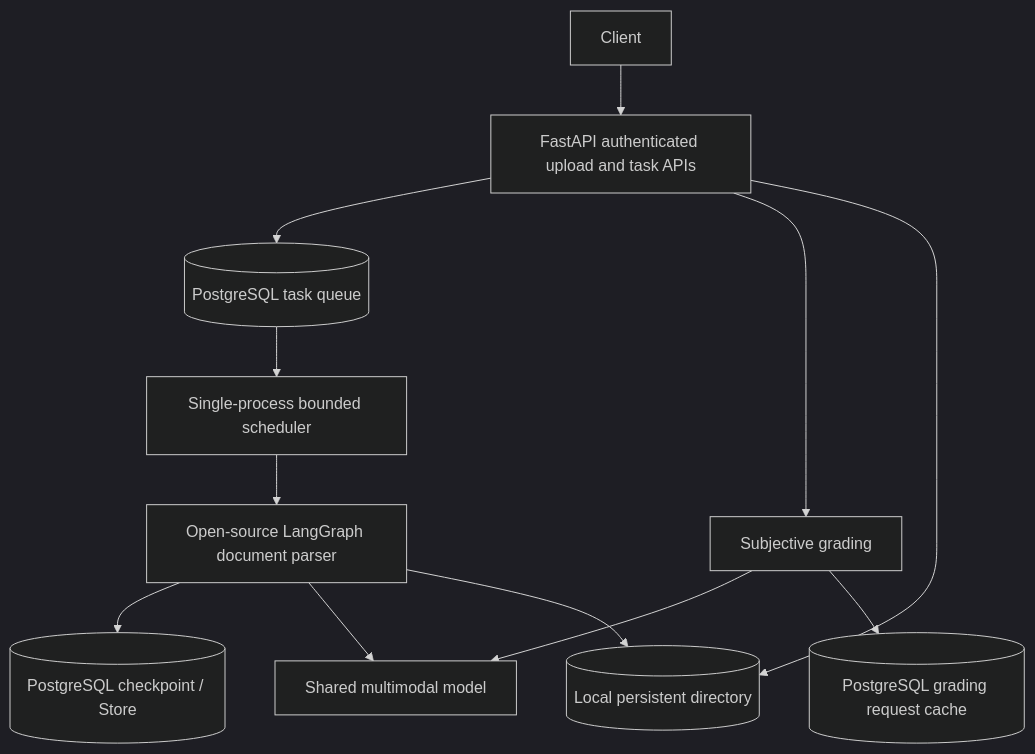
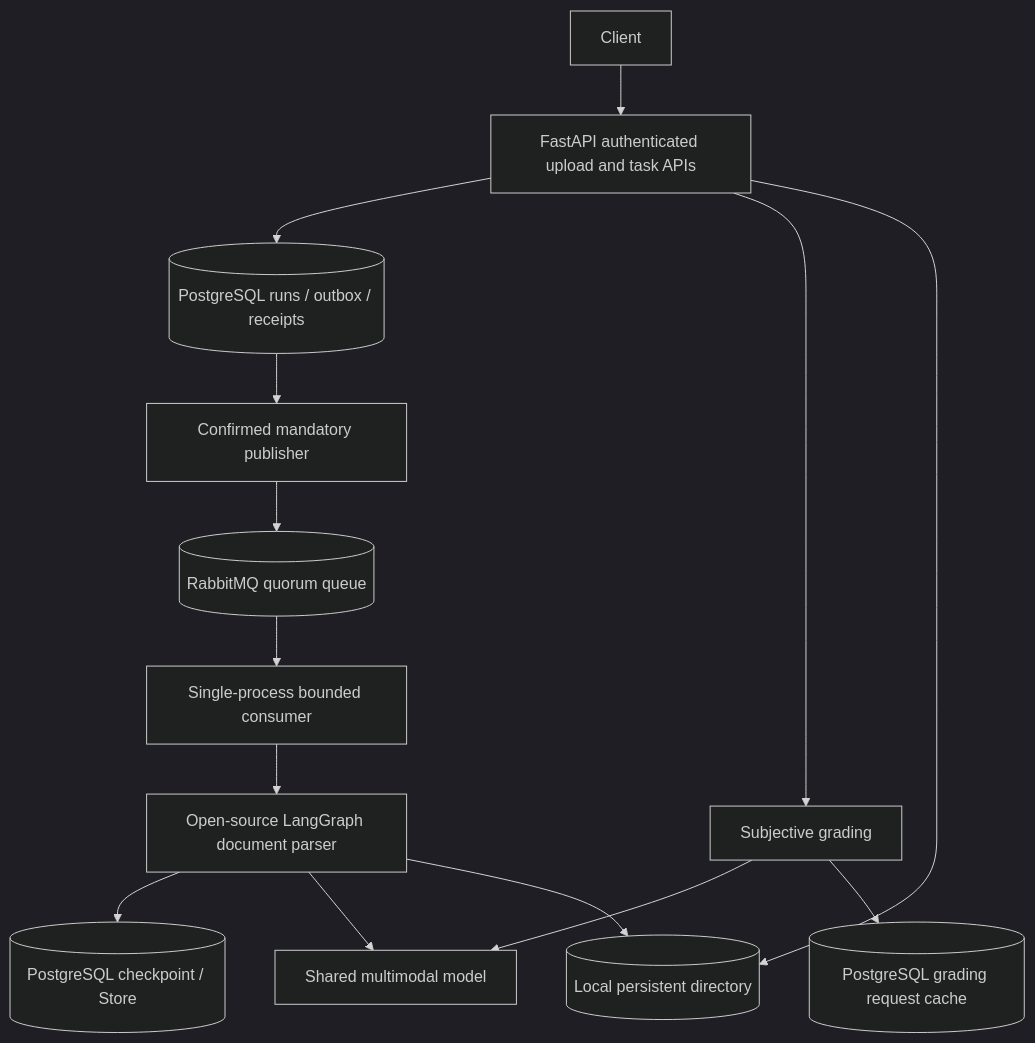
One commit to shenyankm/PractiQ changed the diagram in server/docs/service-guide.md. Above: the diagram before and after it, drawn with Mermaid (dark theme). The commit also changed other lines of this file and 44 other files, not shown here.

First line of the commit message:
feat(server): deliver document runs through RabbitMQ (#219)

````diff
--- a/server/docs/service-guide.md
+++ b/server/docs/service-guide.md
@@ -175,14 +175,16 @@
 ```mermaid
 graph TD
     Client[Client] --> API[FastAPI authenticated upload and task APIs]
-    API --> DB[(PostgreSQL task queue)]
-    DB --> Runner[Single-process bounded scheduler]
+    API --> DB[(PostgreSQL runs / outbox / receipts)]
+    DB --> Publisher[Confirmed mandatory publisher]
+    Publisher --> MQ[(RabbitMQ quorum queue)]
+    MQ --> Runner[Single-process bounded consumer]
     Runner --> Graph[Open-source LangGraph document parser]
     Graph --> State[(PostgreSQL checkpoint / Store)]
     Graph --> Model[Shared multimodal model]
     API --> Grading[Subjective grading]
     Grading --> Model
     Grading --> Grades[(PostgreSQL grading request cache)]
     API --> Files[(Local persistent directory)]
     Graph --> Files
 ```
````
